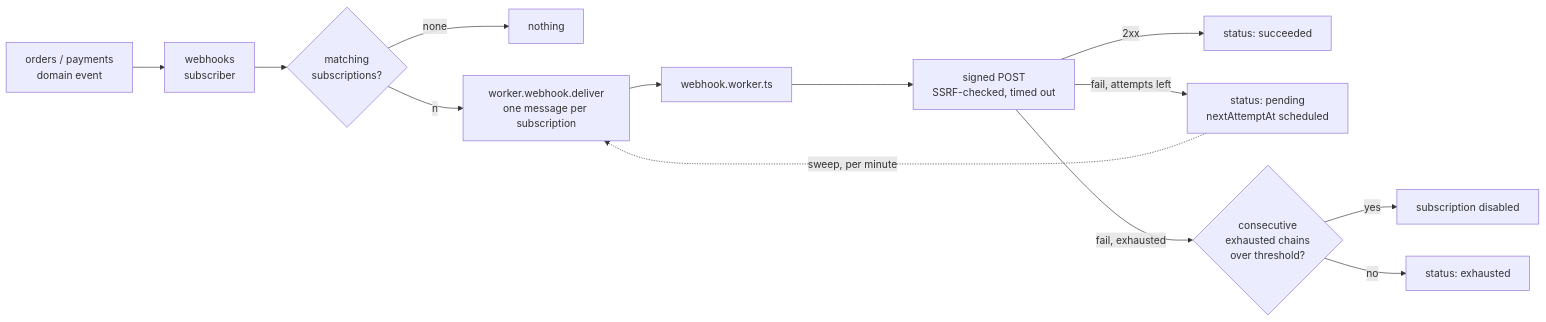
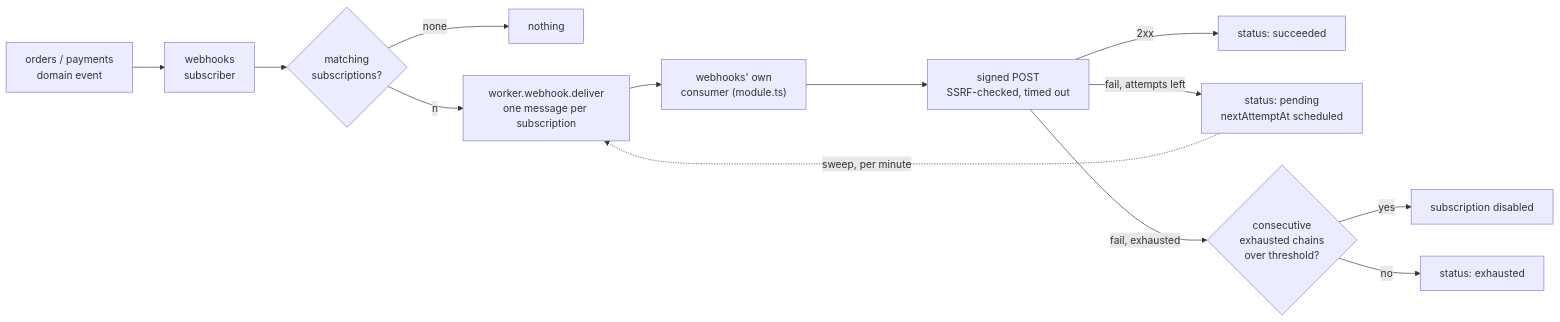
Before and after one commit to Guebbit/boilerplate-node-backend: the third of 3 diagrams in docs/modules/webhooks.md, drawn with Mermaid. The commit also changed other lines of this file and 24 other files, not shown here.

````diff
--- a/docs/modules/webhooks.md
+++ b/docs/modules/webhooks.md
@@ -95,15 +95,15 @@
 ```mermaid
 flowchart LR
     SVC["orders / payments<br/>domain event"] --> PUB["webhooks<br/>subscriber"]
     PUB --> MATCH{"matching<br/>subscriptions?"}
     MATCH -->|none| DROP["nothing"]
     MATCH -->|n| Q["worker.webhook.deliver<br/>one message per subscription"]
-    Q --> W["webhook.worker.ts"]
+    Q --> W["webhooks' own<br/>consumer (module.ts)"]
     W --> HTTP["signed POST<br/>SSRF-checked, timed out"]
     HTTP -->|2xx| OK["status: succeeded"]
     HTTP -->|fail, attempts left| BACK["status: pending<br/>nextAttemptAt scheduled"]
     HTTP -->|fail, exhausted| DIS{"consecutive<br/>exhausted chains<br/>over threshold?"}
     DIS -->|yes| OFF["subscription disabled"]
     DIS -->|no| DONE["status: exhausted"]
     BACK -.->|sweep, per minute| Q
 ```
````
